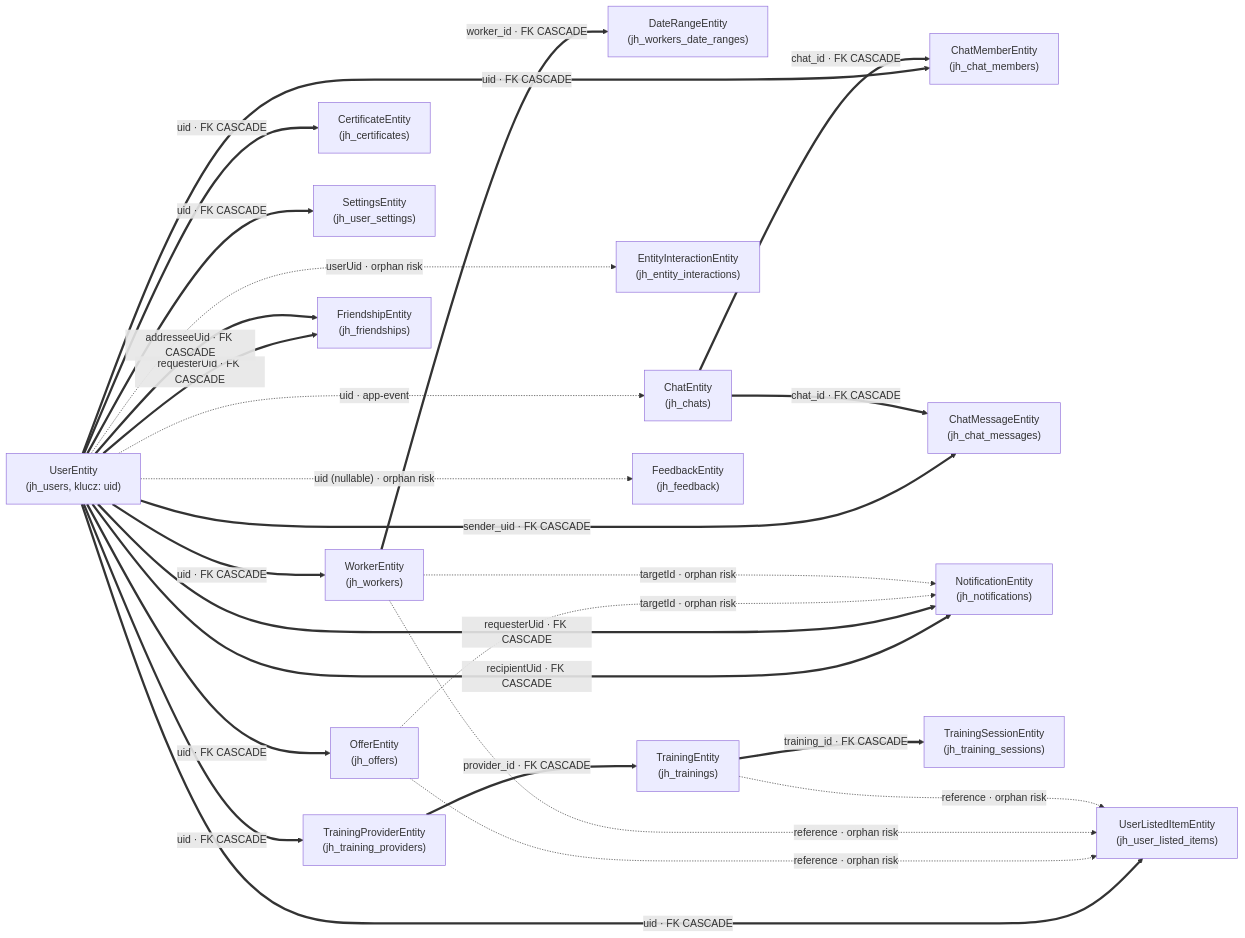
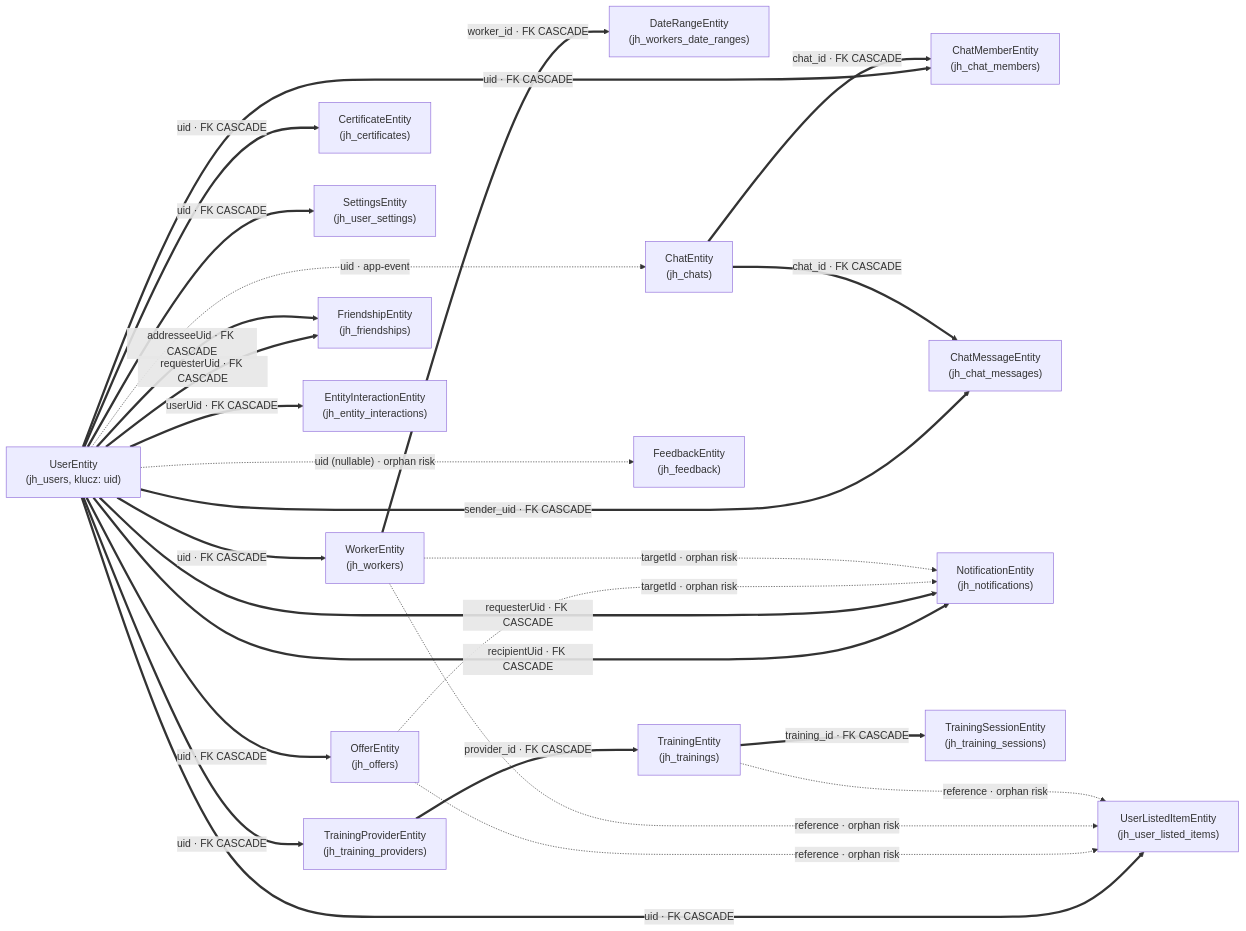
The diagram in docs/entity-relations.md (pawelmat142/frat), drawn with Mermaid before and after one commit. The commit also changed other lines of this file and 1 other file, not shown here.

Commit message:
cascades-fix - entity interaction table when user is deleted

````diff
--- a/docs/entity-relations.md
+++ b/docs/entity-relations.md
@@ -18,50 +18,50 @@
 ```mermaid
 graph LR
     User["UserEntity<br/>(jh_users, klucz: uid)"]
     Worker["WorkerEntity<br/>(jh_workers)"]
     DateRange["DateRangeEntity<br/>(jh_workers_date_ranges)"]
     Certificate["CertificateEntity<br/>(jh_certificates)"]
     Settings["SettingsEntity<br/>(jh_user_settings)"]
     Listed["UserListedItemEntity<br/>(jh_user_listed_items)"]
     Chat["ChatEntity<br/>(jh_chats)"]
     ChatMember["ChatMemberEntity<br/>(jh_chat_members)"]
     ChatMessage["ChatMessageEntity<br/>(jh_chat_messages)"]
     Offer["OfferEntity<br/>(jh_offers)"]
     Notification["NotificationEntity<br/>(jh_notifications)"]
     Friendship["FriendshipEntity<br/>(jh_friendships)"]
     Interaction["EntityInteractionEntity<br/>(jh_entity_interactions)"]
     Provider["TrainingProviderEntity<br/>(jh_training_providers)"]
     Training["TrainingEntity<br/>(jh_trainings)"]
     Session["TrainingSessionEntity<br/>(jh_training_sessions)"]
     Feedback["FeedbackEntity<br/>(jh_feedback)"]
 
     User =="uid · FK CASCADE"==> Settings
     User =="uid · FK CASCADE"==> Listed
     User =="uid · FK CASCADE"==> Provider
     User =="uid · FK CASCADE"==> ChatMember
     User =="sender_uid · FK CASCADE"==> ChatMessage
     User =="uid · FK CASCADE"==> Worker
     User =="uid · FK CASCADE"==> Certificate
     User =="uid · FK CASCADE"==> Offer
     User =="recipientUid · FK CASCADE"==> Notification
     User =="requesterUid · FK CASCADE"==> Notification
     User =="requesterUid · FK CASCADE"==> Friendship
     User =="addresseeUid · FK CASCADE"==> Friendship
+    User =="userUid · FK CASCADE"==> Interaction
     User -."uid · app-event"..-> Chat
-    User -."userUid · orphan risk"..-> Interaction
     User -."uid (nullable) · orphan risk"..-> Feedback
 
     Worker =="worker_id · FK CASCADE"==> DateRange
 
     Provider =="provider_id · FK CASCADE"==> Training
     Training =="training_id · FK CASCADE"==> Session
 
     Chat =="chat_id · FK CASCADE"==> ChatMember
     Chat =="chat_id · FK CASCADE"==> ChatMessage
 
     Offer -."reference · orphan risk"..-> Listed
     Worker -."reference · orphan risk"..-> Listed
     Training -."reference · orphan risk"..-> Listed
     Offer -."targetId · orphan risk"..-> Notification
     Worker -."targetId · orphan risk"..-> Notification
 ```
````
